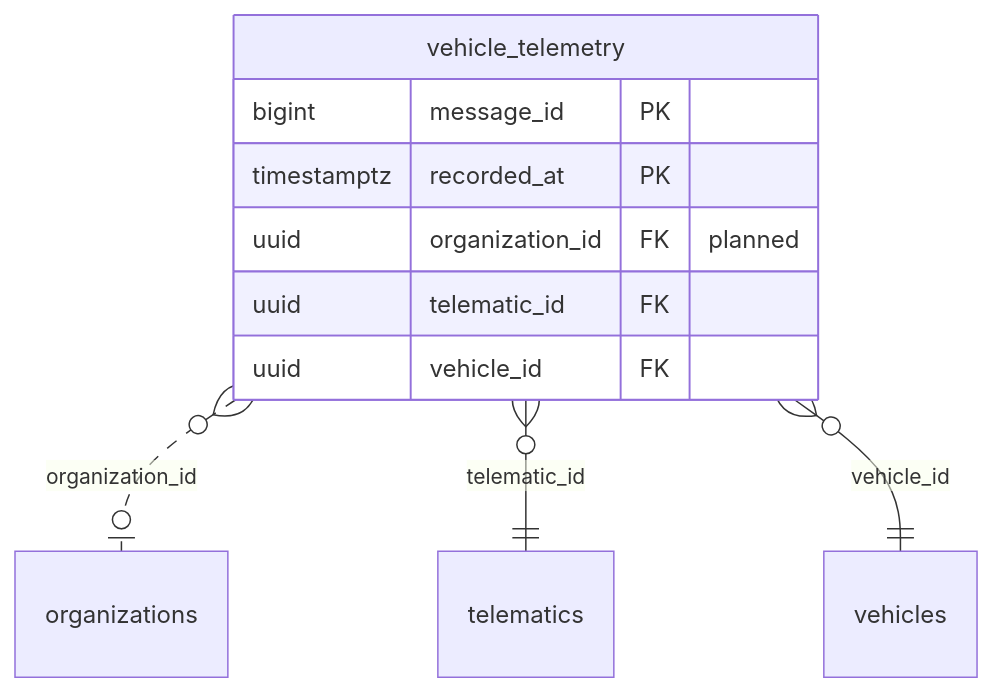
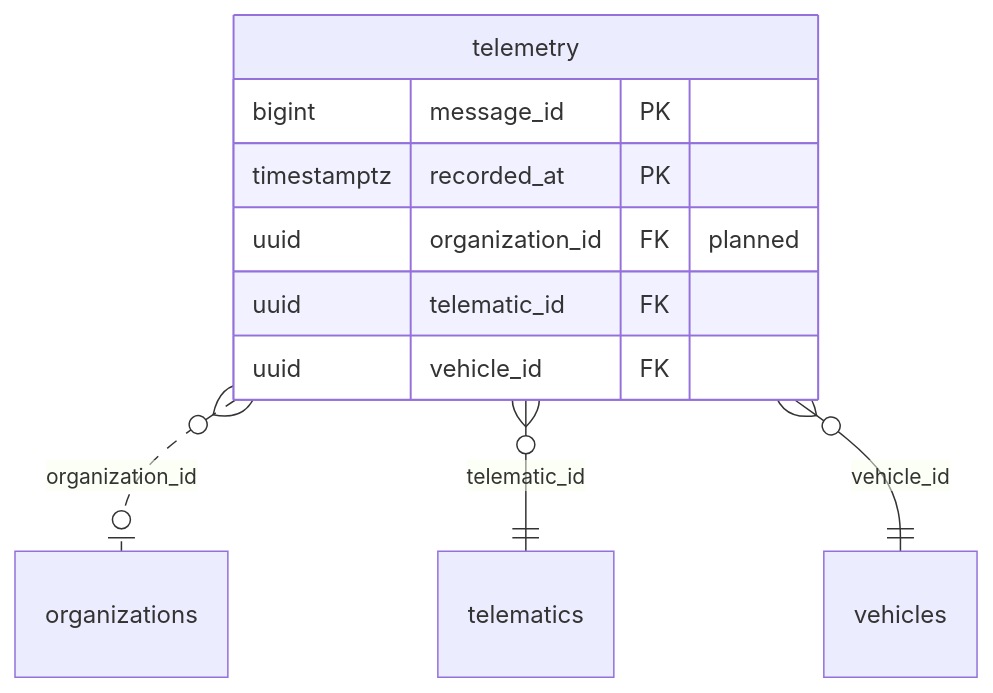
Before and after one commit to yolo-coccoc/G3Network-app: the diagram in docs/design/domain-model/domains/telemetry.md, drawn with Mermaid. The commit also changed other lines of this file and 8 other files, not shown here.

First line of the commit message:
docs(domain-model): rename vehicle_telemetry to telemetry

````diff
--- a/docs/design/domain-model/domains/telemetry.md
+++ b/docs/design/domain-model/domains/telemetry.md
@@ -17,13 +17,13 @@
 ```mermaid
 erDiagram
-  vehicle_telemetry {
+  telemetry {
     bigint message_id PK
     timestamptz recorded_at PK
     uuid organization_id FK "planned"
     uuid telematic_id FK
     uuid vehicle_id FK
   }
-  vehicle_telemetry }o..o| organizations : "organization_id"
-  vehicle_telemetry }o--|| telematics : "telematic_id"
-  vehicle_telemetry }o--|| vehicles : "vehicle_id"
+  telemetry }o..o| organizations : "organization_id"
+  telemetry }o--|| telematics : "telematic_id"
+  telemetry }o--|| vehicles : "vehicle_id"
 ```
````
